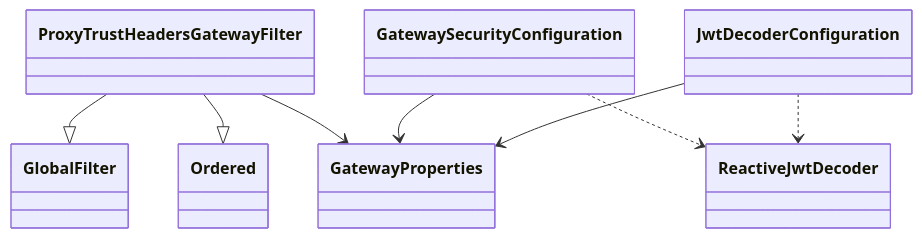
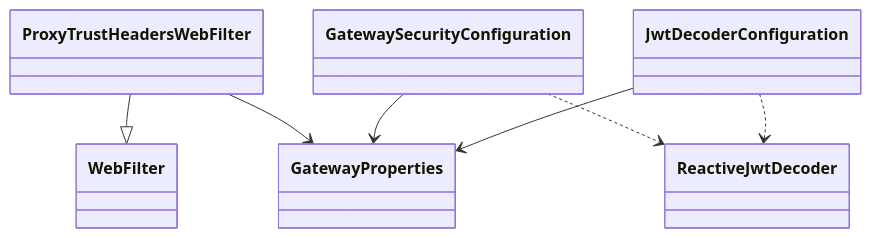
One commit to Zero-Bug-Freinds/ai-api-usage-monitor changed the fourth of 7 diagrams in docs/class-diagram.md. Above: the diagram before and after it, drawn with Mermaid. The commit also changed other lines of this file and 12 other files, not shown here.

````diff
--- a/docs/class-diagram.md
+++ b/docs/class-diagram.md
@@ -156,20 +156,18 @@
 ```mermaid
 classDiagram
 direction TB
 
-class ProxyTrustHeadersGatewayFilter
-class GlobalFilter
-class Ordered
+class ProxyTrustHeadersWebFilter
+class WebFilter
 class GatewaySecurityConfiguration
 class JwtDecoderConfiguration
 class GatewayProperties
 class ReactiveJwtDecoder
 
-ProxyTrustHeadersGatewayFilter --|> GlobalFilter
-ProxyTrustHeadersGatewayFilter --|> Ordered
-ProxyTrustHeadersGatewayFilter --> GatewayProperties
+ProxyTrustHeadersWebFilter --|> WebFilter
+ProxyTrustHeadersWebFilter --> GatewayProperties
 GatewaySecurityConfiguration --> GatewayProperties
 GatewaySecurityConfiguration ..> ReactiveJwtDecoder
 JwtDecoderConfiguration --> GatewayProperties
 JwtDecoderConfiguration ..> ReactiveJwtDecoder
 ```
````
